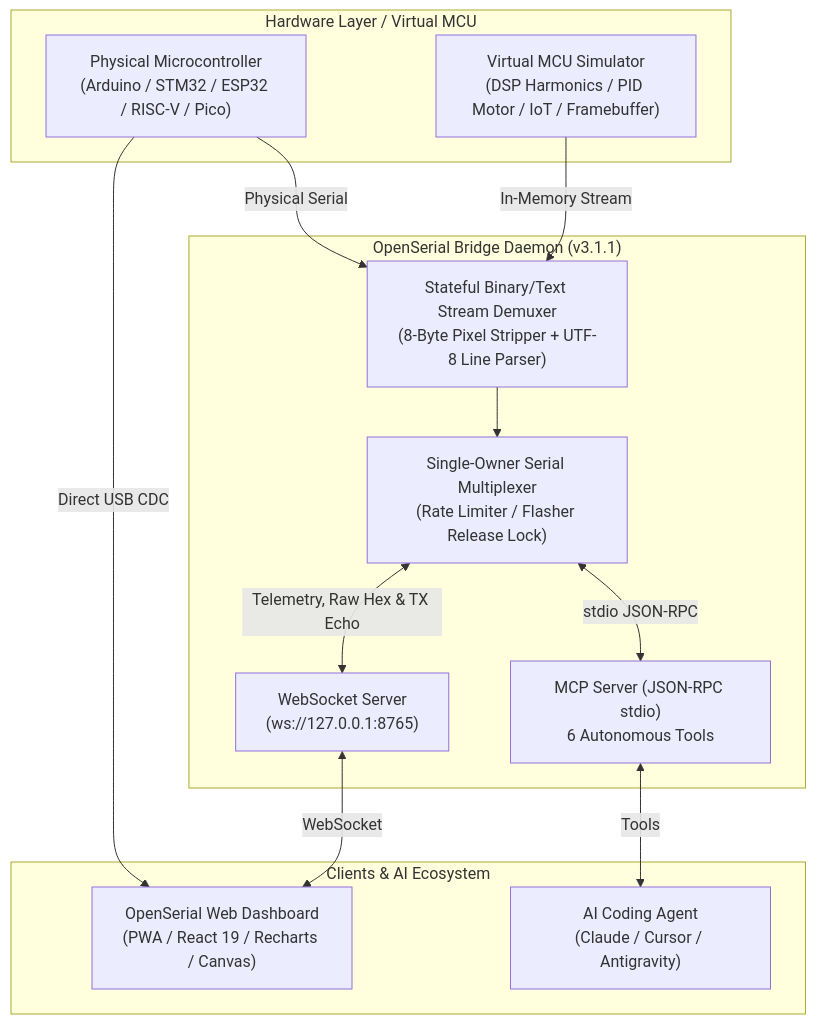
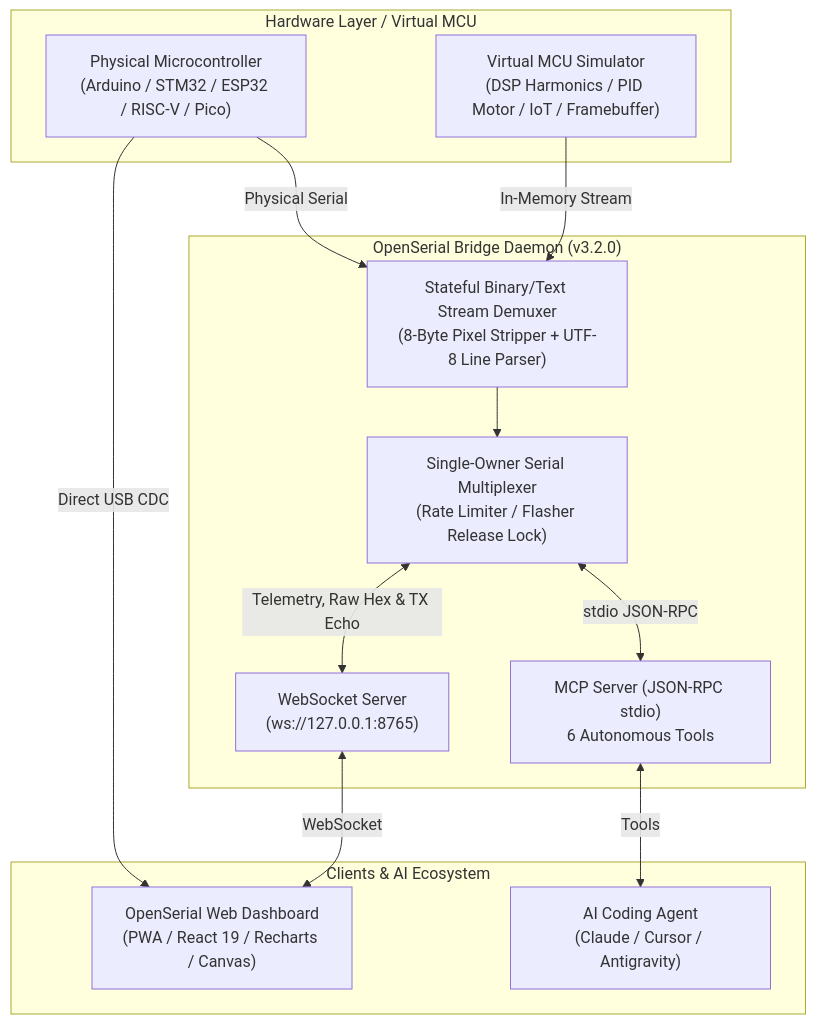
The diagram in README.md (ptai-eng/OpenSerial-Studio), drawn with Mermaid before and after one commit. The commit also changed other lines of this file and 5 other files, not shown here.

````diff
--- a/README.md
+++ b/README.md
@@ -32,26 +32,26 @@
 ```mermaid
 flowchart TD
     subgraph Hardware ["Hardware Layer / Virtual MCU"]
         MCU["Physical Microcontroller\n(Arduino / STM32 / ESP32 / RISC-V / Pico)"]
         SIM["Virtual MCU Simulator\n(DSP Harmonics / PID Motor / IoT / Framebuffer)"]
     end
 
-    subgraph BridgeDaemon ["OpenSerial Bridge Daemon (v3.1.1)"]
+    subgraph BridgeDaemon ["OpenSerial Bridge Daemon (v3.2.0)"]
         DEMUX["Stateful Binary/Text Stream Demuxer\n(8-Byte Pixel Stripper + UTF-8 Line Parser)"]
         MUX["Single-Owner Serial Multiplexer\n(Rate Limiter / Flasher Release Lock)"]
         MCP["MCP Server (JSON-RPC stdio)\n6 Autonomous Tools"]
         WSS["WebSocket Server\n(ws://127.0.0.1:8765)"]
     end
 
     subgraph ClientLayer ["Clients & AI Ecosystem"]
         WebUI["OpenSerial Web Dashboard\n(PWA / React 19 / Recharts / Canvas)"]
         AI["AI Coding Agent\n(Claude / Cursor / Antigravity)"]
     end
 
     MCU -->|"Direct USB CDC"| WebUI
     MCU -->|"Physical Serial"| DEMUX
     SIM -->|"In-Memory Stream"| DEMUX
     DEMUX --> MUX
     MUX <-->|"stdio JSON-RPC"| MCP <-->|"Tools"| AI
     MUX <-->|"Telemetry, Raw Hex & TX Echo"| WSS <-->|"WebSocket"| WebUI
 ```
````
